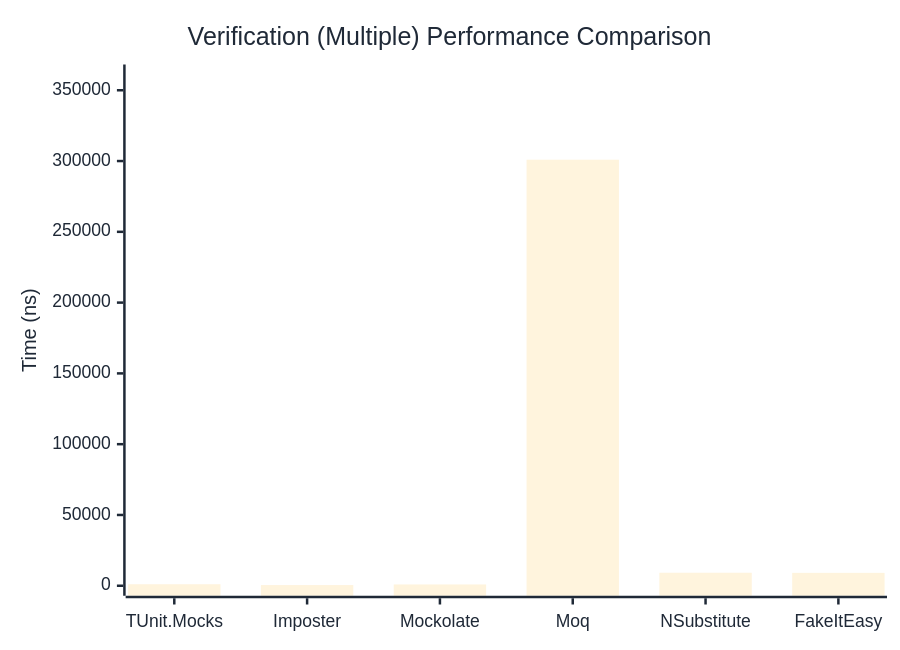
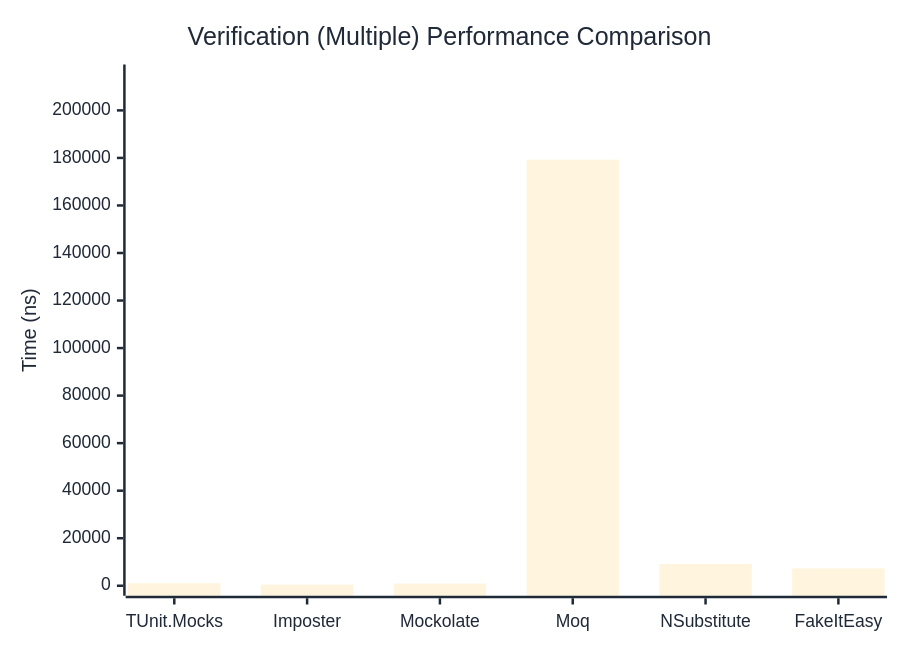
The third of 3 diagrams in docs/docs/benchmarks/mocks/Verification.md (thomhurst/TUnit), drawn with Mermaid before and after one commit. The commit also changed other lines of this file and 14 other files, not shown here.

````diff
--- a/docs/docs/benchmarks/mocks/Verification.md
+++ b/docs/docs/benchmarks/mocks/Verification.md
@@ -112,27 +112,27 @@
 ```mermaid
 %%{init: {
   'theme':'base',
   'themeVariables': {
     'primaryColor': '#2563eb',
     'primaryTextColor': '#1f2937',
     'primaryBorderColor': '#1e40af',
     'lineColor': '#6b7280',
     'secondaryColor': '#7c3aed',
     'tertiaryColor': '#dc2626',
     'background': '#ffffff',
     'pie1': '#2563eb',
     'pie2': '#7c3aed',
     'pie3': '#dc2626',
     'pie4': '#f59e0b',
     'pie5': '#10b981',
     'pie6': '#06b6d4',
     'pie7': '#ec4899',
     'pie8': '#6366f1'
   }
 }}%%
 xychart-beta
   title "Verification (Multiple) Performance Comparison"
   x-axis ["TUnit.Mocks", "Imposter", "Mockolate", "Moq", "NSubstitute", "FakeItEasy"]
-  y-axis "Time (ns)" 0 --> 361129
-  bar [1062.85, 479.49, 928.29, 300940.04, 9187.11, 9104.57]
+  y-axis "Time (ns)" 0 --> 215097
+  bar [1081.49, 488.06, 912.48, 179246.96, 9138.01, 7281.19]
 ```
````
